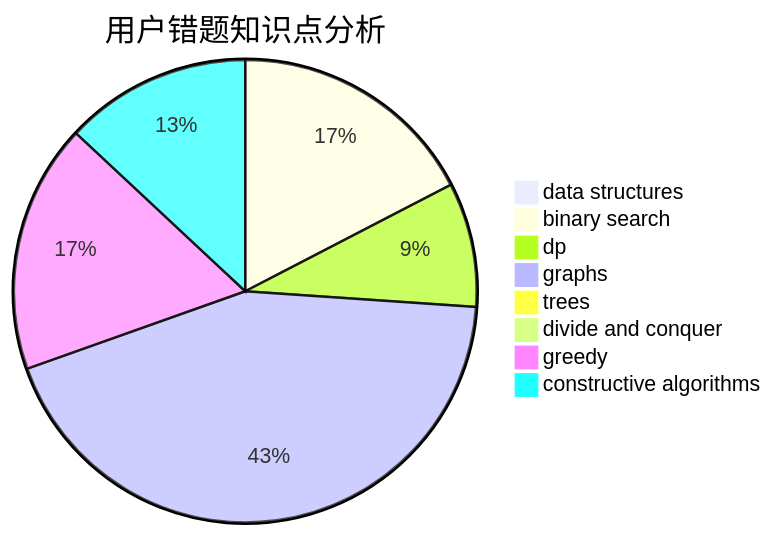
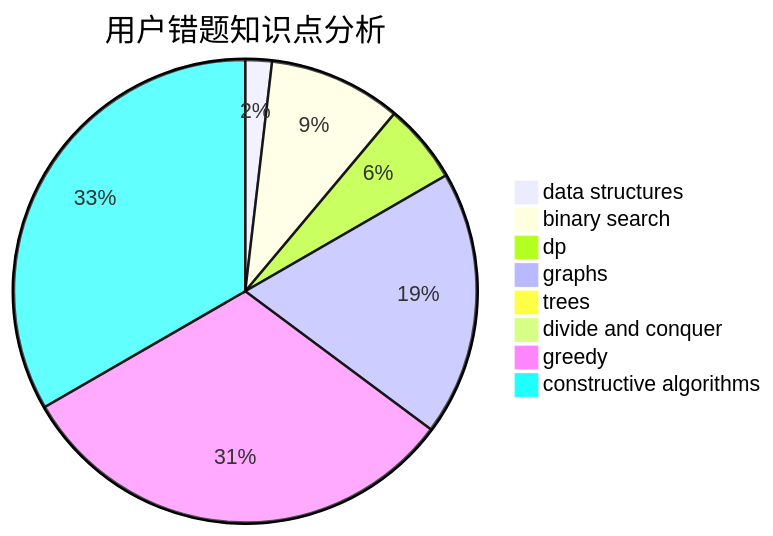
Before and after one commit to sherpahu/cfrs.github.io: the third of 3 diagrams in docs/user/u2234.md, drawn with Mermaid. The commit also changed other lines of this file and 2770 other files, not shown here.

````diff
--- a/docs/user/u2234.md
+++ b/docs/user/u2234.md
@@ -36,11 +36,11 @@
 ```mermaid
 pie title 用户错题知识点分析
-    "data structures" :  0
-    "binary search" :  4
-    "dp" :  2
+    "data structures" :  1
+    "binary search" :  5
+    "dp" :  3
     "graphs" :  10
     "trees" :  0
     "divide and conquer" :  0
-    "greedy" :  4
-    "constructive algorithms" :  3
+    "greedy" :  17
+    "constructive algorithms" :  18
 ```
````
